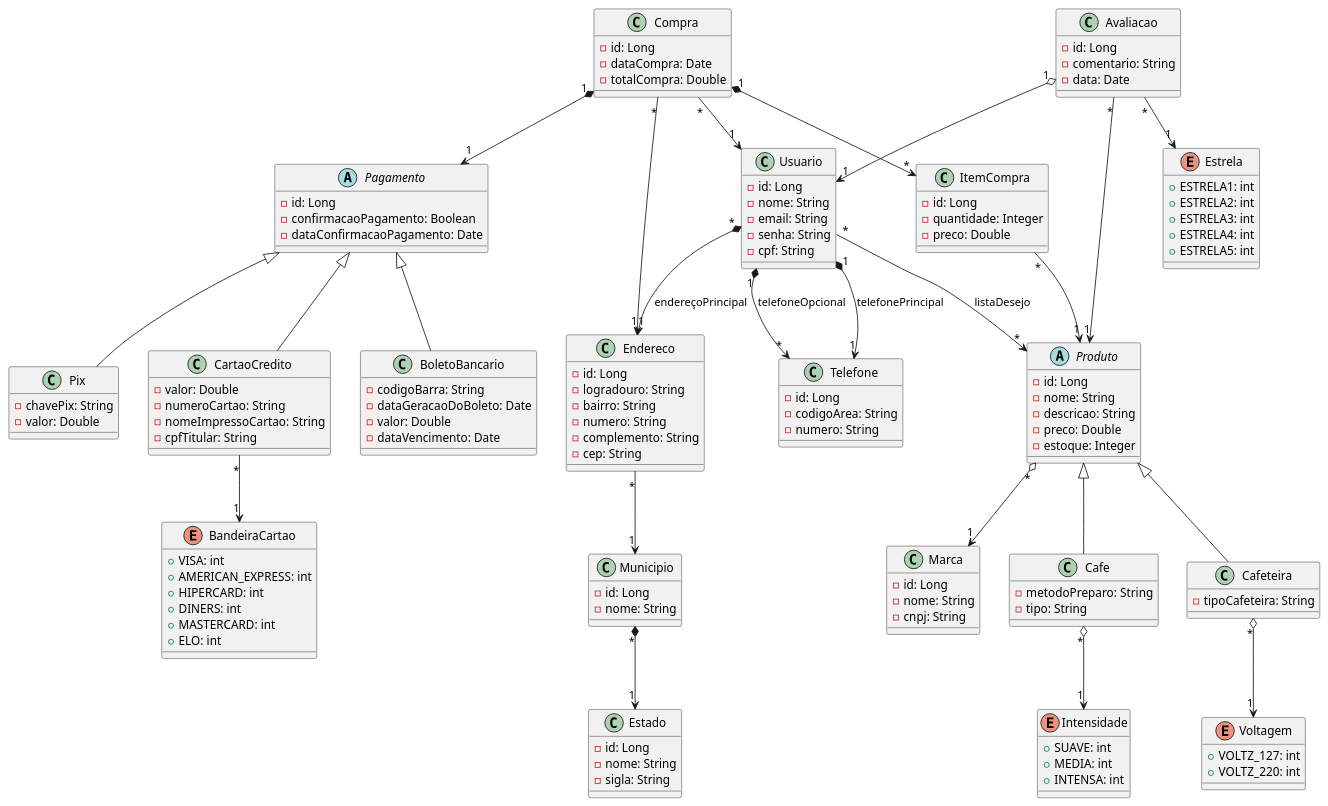
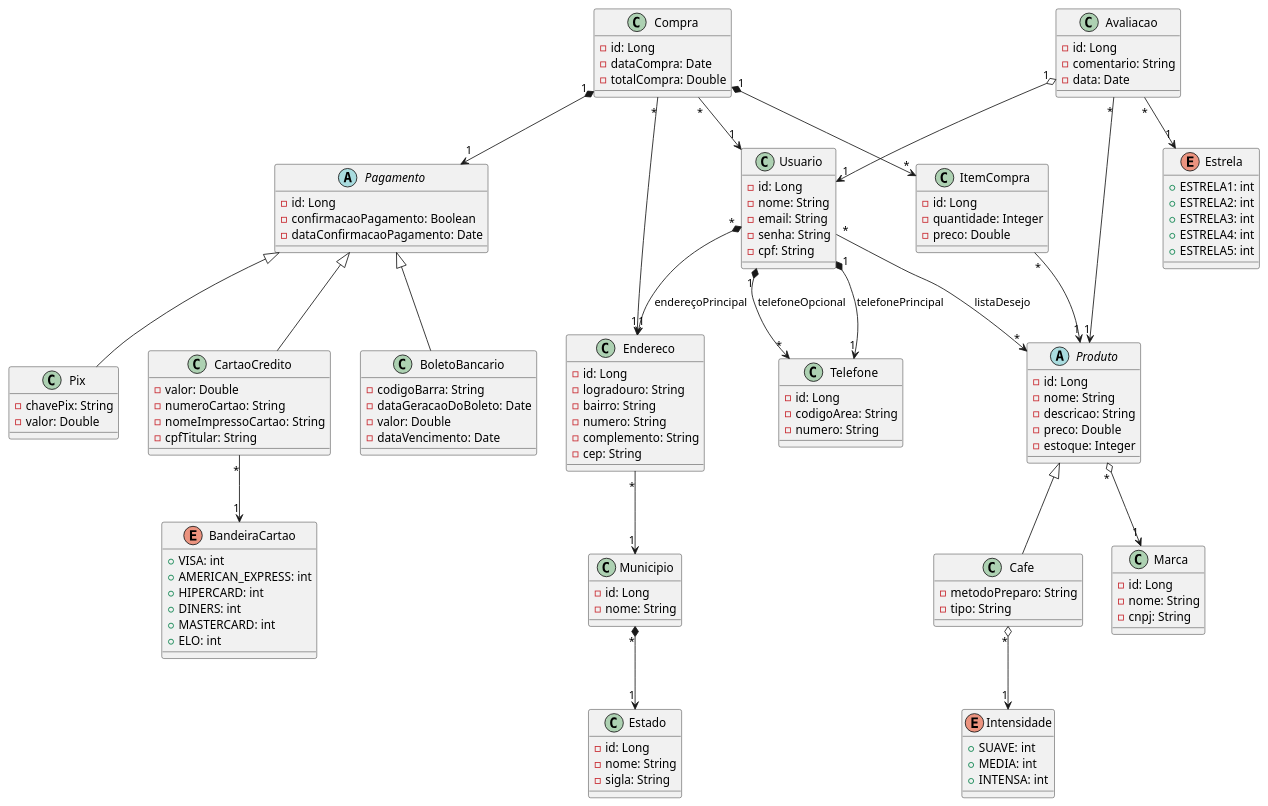
The diagram in JavaCoffee.plantuml (emannuelop/JavaCoffee-eCommerce), drawn with PlantUML before and after one commit.

Commit message:
Tirando o produto cafeteira

```diff
--- a/JavaCoffee.plantuml
+++ b/JavaCoffee.plantuml
@@ -1,185 +1,171 @@
 @startuml Coffee-eCommerce
 
     abstract class Produto {
 
         - id: Long
         - nome: String
         - descricao: String
         - preco: Double
         - estoque: Integer
     }
 
     class Cafe {
 
         - metodoPreparo: String
         - tipo: String
     }
 
-    class Cafeteira {
-
-        - tipoCafeteira: String
-    }
-
     enum Intensidade {
 
         + SUAVE: int
         + MEDIA: int
         + INTENSA: int
-    }
-
-    enum Voltagem {
-
-        + VOLTZ_127: int
-        + VOLTZ_220: int
     }
 
     class Marca {
 
         - id: Long
         - nome: String
         - cnpj: String
     }
 
     class Usuario {
 
         - id: Long
         - nome: String
         - email: String
         - senha: String
         - cpf: String
     }
 
     class Telefone {
 
         - id: Long
         - codigoArea: String
         - numero: String
     }
 
     class Compra {
 
         - id: Long
         - dataCompra: Date
         - totalCompra: Double
     }
 
     class ItemCompra {
 
         - id: Long
         - quantidade: Integer
         - preco: Double
     }
 
     class Endereco {
 
         - id: Long
         - logradouro: String
         - bairro: String
         - numero: String
         - complemento: String
         - cep: String
     }
 
     class Avaliacao {
 
         - id: Long
         - comentario: String
         - data: Date
     }
 
     enum Estrela {
 
         + ESTRELA1: int
         + ESTRELA2: int
         + ESTRELA3: int
         + ESTRELA4: int
         + ESTRELA5: int
     }
 
     abstract class Pagamento {
 
         - id: Long
         - confirmacaoPagamento: Boolean
         - dataConfirmacaoPagamento: Date
     }
 
     class BoletoBancario {
 
         - codigoBarra: String
         - dataGeracaoDoBoleto: Date
         - valor: Double
         - dataVencimento: Date
     }
 
     class Pix {
 
         - chavePix: String
         - valor: Double
     }
 
     class CartaoCredito {
 
         - valor: Double
         - numeroCartao: String
         - nomeImpressoCartao: String
         - cpfTitular: String
     }
 
     enum BandeiraCartao {
 
         + VISA: int
         + AMERICAN_EXPRESS: int
         + HIPERCARD: int
         + DINERS: int
         + MASTERCARD: int
         + ELO: int
     }
 
     class Estado {
 
         - id: Long
         - nome: String
         - sigla: String
     }
 
     class Municipio {
 
         - id: Long
         - nome: String
     }
 
     Produto "*" o--> "1" Marca
 
     Cafe -up-|> Produto
     Cafe "*" o--> "1" Intensidade
 
-    Cafeteira -up-|> Produto
-    Cafeteira "*" o--> "1" Voltagem
-
     Municipio "*" *--> "1" Estado
 
     Endereco "*" --> "1" Municipio
 
     Usuario "*" --> "*" Produto: listaDesejo
     Usuario "1" *--> "1" Telefone: telefonePrincipal
     Usuario "1" *--> "*" Telefone: telefoneOpcional
     Usuario "*" *--> "1" Endereco: endereçoPrincipal
 
     ItemCompra "*" --> "1" Produto
 
     BoletoBancario -up-|> Pagamento
 
     Pix -up-|> Pagamento
 
     CartaoCredito -up-|> Pagamento
     CartaoCredito "*" --> "1" BandeiraCartao
 
     Compra "*" --> "1" Usuario
     Compra "1" *--> "*" ItemCompra
     Compra "*" --> "1" Endereco
     Compra "1" *--> "1" Pagamento
 
     Avaliacao "*" --> "1" Estrela
     Avaliacao "1" o--> "1" Usuario
     Avaliacao "*" --> "1" Produto
 @enduml
```
